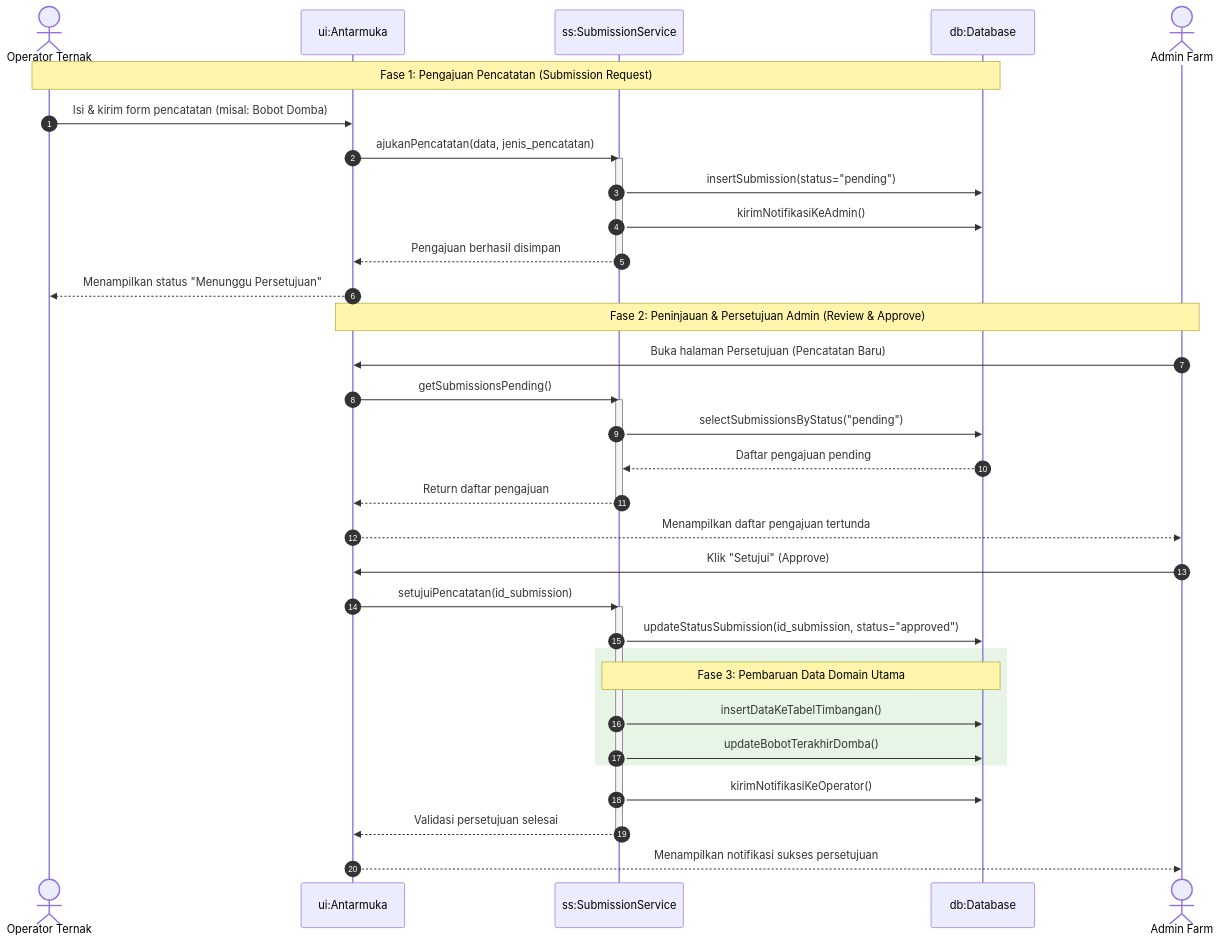
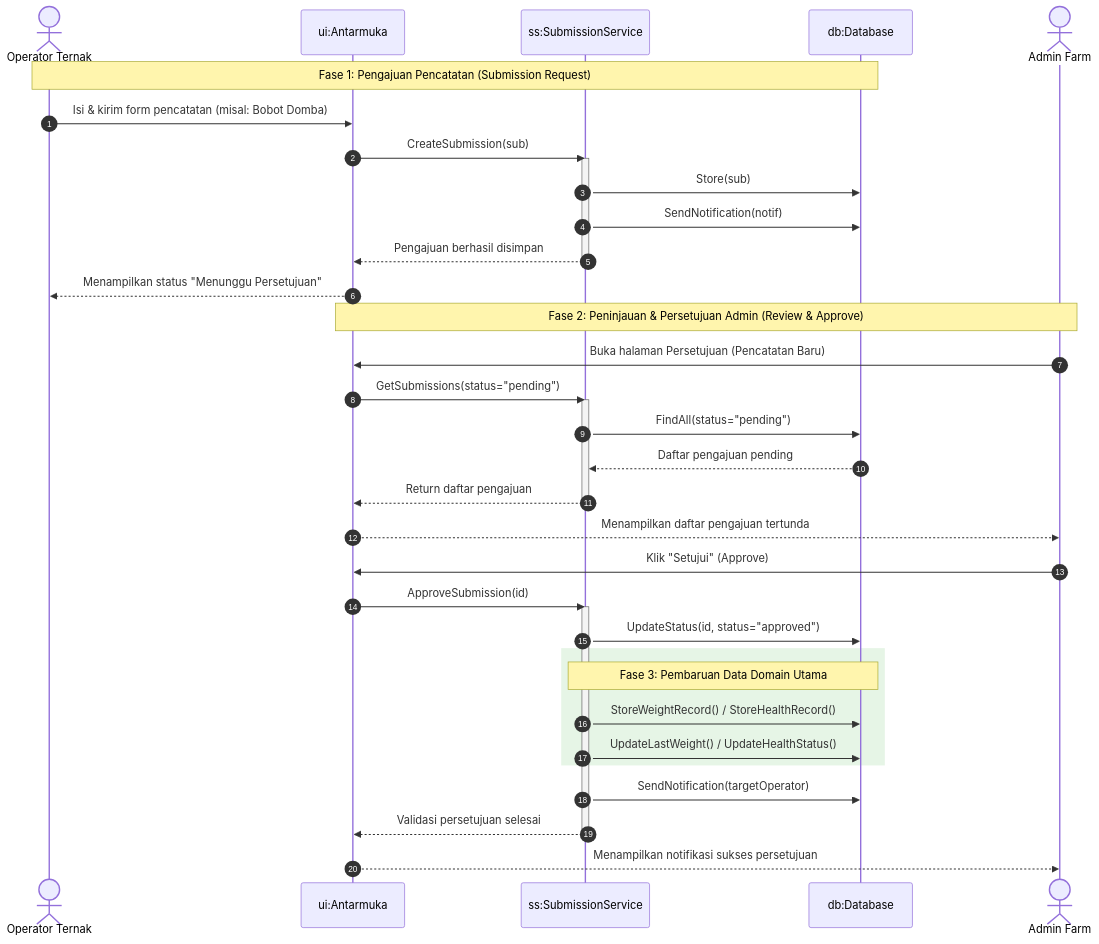
One commit to MuhammadHamidy/Farmease changed the first of 2 diagrams in docs/livestock_architecture_sequence_diagram.md. Above: the diagram before and after it, drawn with Mermaid. The commit also changed other lines of this file and 299 other files, not shown here.

````diff
--- a/docs/livestock_architecture_sequence_diagram.md
+++ b/docs/livestock_architecture_sequence_diagram.md
@@ -11,47 +11,47 @@
 ```mermaid
 sequenceDiagram
     autonumber
     actor Operator as Operator Ternak
     participant UI as ui:Antarmuka
     participant SS as ss:SubmissionService
     participant DB as db:Database
     actor Admin as Admin Farm
 
     %% Fase Pengajuan oleh Operator
     Note over Operator, DB: Fase 1: Pengajuan Pencatatan (Submission Request)
     Operator->>UI: Isi & kirim form pencatatan (misal: Bobot Domba)
-    UI->>SS: ajukanPencatatan(data, jenis_pencatatan)
+    UI->>SS: CreateSubmission(sub)
     activate SS
-    SS->>DB: insertSubmission(status="pending")
-    SS->>DB: kirimNotifikasiKeAdmin()
+    SS->>DB: Store(sub)
+    SS->>DB: SendNotification(notif)
     SS-->>UI: Pengajuan berhasil disimpan
     deactivate SS
     UI-->>Operator: Menampilkan status "Menunggu Persetujuan"
 
     %% Fase Peninjauan oleh Admin
     Note over UI, Admin: Fase 2: Peninjauan & Persetujuan Admin (Review & Approve)
     Admin->>UI: Buka halaman Persetujuan (Pencatatan Baru)
-    UI->>SS: getSubmissionsPending()
+    UI->>SS: GetSubmissions(status="pending")
     activate SS
-    SS->>DB: selectSubmissionsByStatus("pending")
+    SS->>DB: FindAll(status="pending")
     DB-->>SS: Daftar pengajuan pending
     SS-->>UI: Return daftar pengajuan
     deactivate SS
     UI-->>Admin: Menampilkan daftar pengajuan tertunda
 
     Admin->>UI: Klik "Setujui" (Approve)
-    UI->>SS: setujuiPencatatan(id_submission)
+    UI->>SS: ApproveSubmission(id)
     activate SS
-    SS->>DB: updateStatusSubmission(id_submission, status="approved")
+    SS->>DB: UpdateStatus(id, status="approved")
     
     rect rgb(230, 245, 230)
         Note over SS, DB: Fase 3: Pembaruan Data Domain Utama
-        SS->>DB: insertDataKeTabelTimbangan()
-        SS->>DB: updateBobotTerakhirDomba()
+        SS->>DB: StoreWeightRecord() / StoreHealthRecord()
+        SS->>DB: UpdateLastWeight() / UpdateHealthStatus()
     end
 
-    SS->>DB: kirimNotifikasiKeOperator()
+    SS->>DB: SendNotification(targetOperator)
     SS-->>UI: Validasi persetujuan selesai
     deactivate SS
     UI-->>Admin: Menampilkan notifikasi sukses persetujuan
 ```
````
